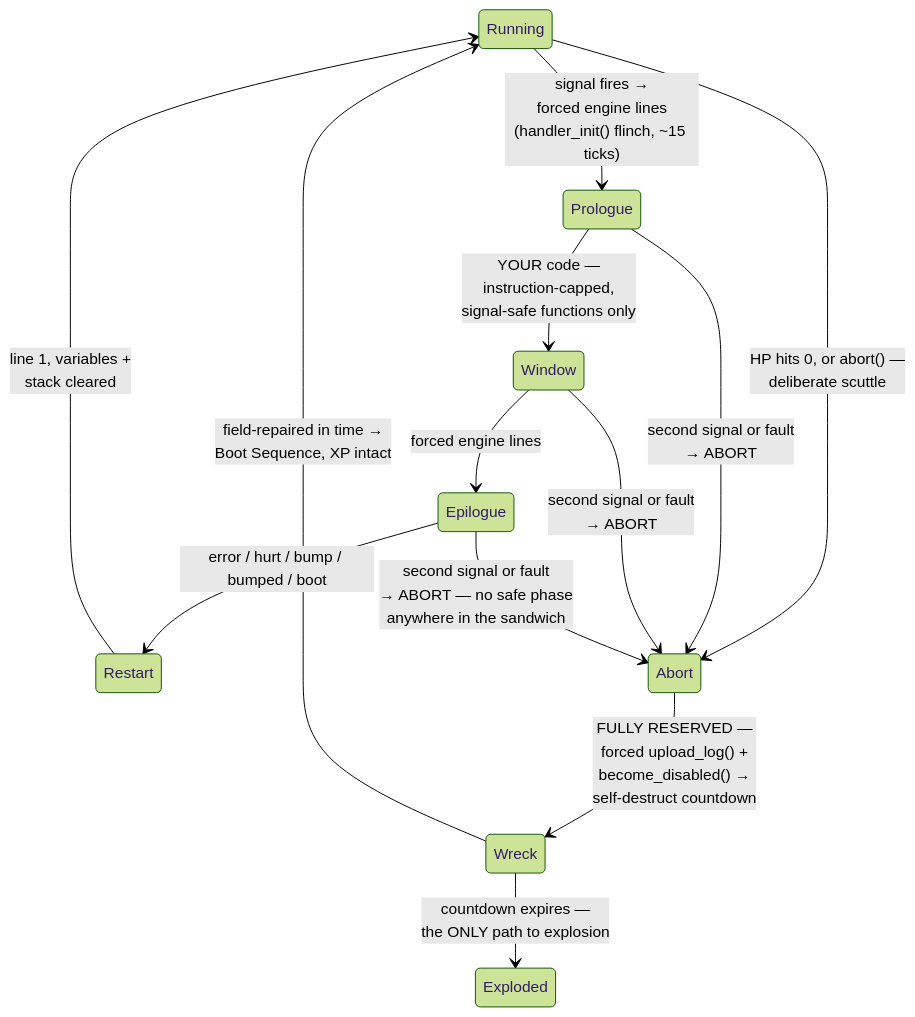
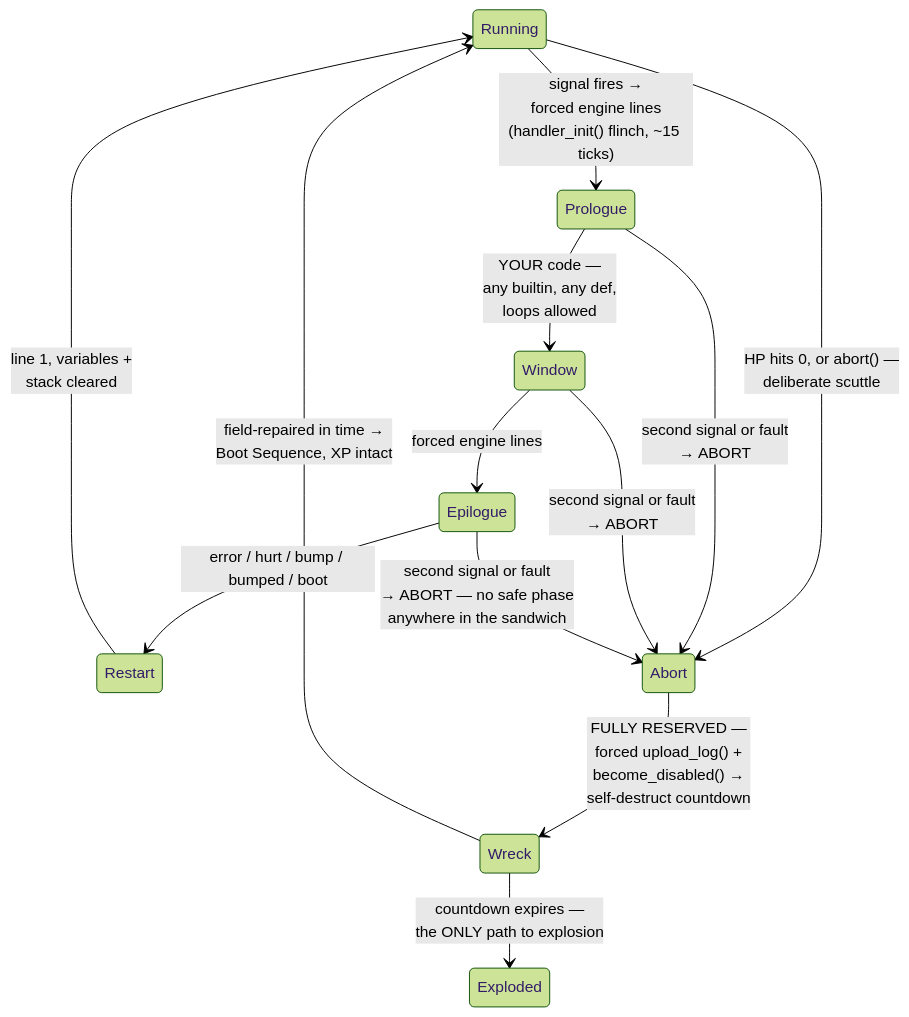
Before and after one commit to mmmtastymmm/programming-game-planned: the diagram in docs/01-language/faults-and-handlers.md, drawn with Mermaid (forest theme). The commit also changed other lines of this file and 16 other files, not shown here.

First line of the commit message:
Delete signal-safety: handler windows take any code (supersedes Q49/Q51)

````diff
--- a/docs/01-language/faults-and-handlers.md
+++ b/docs/01-language/faults-and-handlers.md
@@ -7,15 +7,15 @@
 ```mermaid
 stateDiagram-v2
     Running --> Prologue: signal fires →<br/>forced engine lines<br/>(handler_init() flinch, ~15 ticks)
-    Prologue --> Window: YOUR code —<br/>instruction-capped,<br/>signal-safe functions only
+    Prologue --> Window: YOUR code —<br/>any builtin, any def,<br/>loops allowed
     Window --> Epilogue: forced engine lines
     Epilogue --> Restart: error / hurt / bump / bumped / boot
     Restart --> Running: line 1, variables +<br/>stack cleared
     Running --> Abort: HP hits 0, or abort() —<br/>deliberate scuttle
     Prologue --> Abort: second signal or fault<br/>→ ABORT
     Window --> Abort: second signal or fault<br/>→ ABORT
     Epilogue --> Abort: second signal or fault<br/>→ ABORT — no safe phase<br/>anywhere in the sandwich
     Abort --> Wreck: FULLY RESERVED —<br/>forced upload_log() +<br/>become_disabled() →<br/>self-destruct countdown
     Wreck --> Running: field-repaired in time →<br/>Boot Sequence, XP intact
     Wreck --> Exploded: countdown expires —<br/>the ONLY path to explosion
 ```
````
